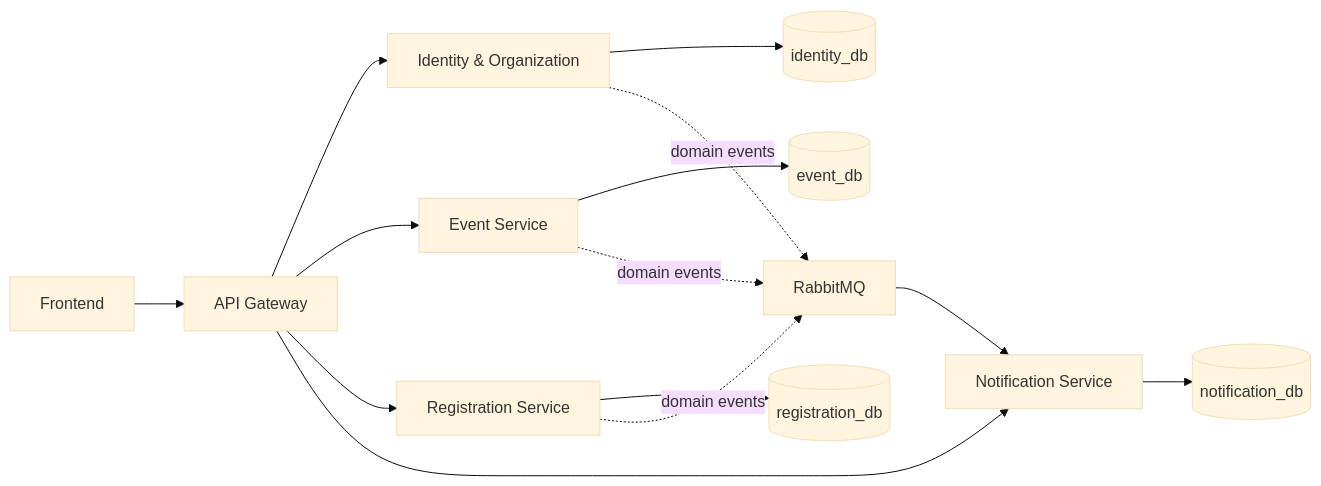
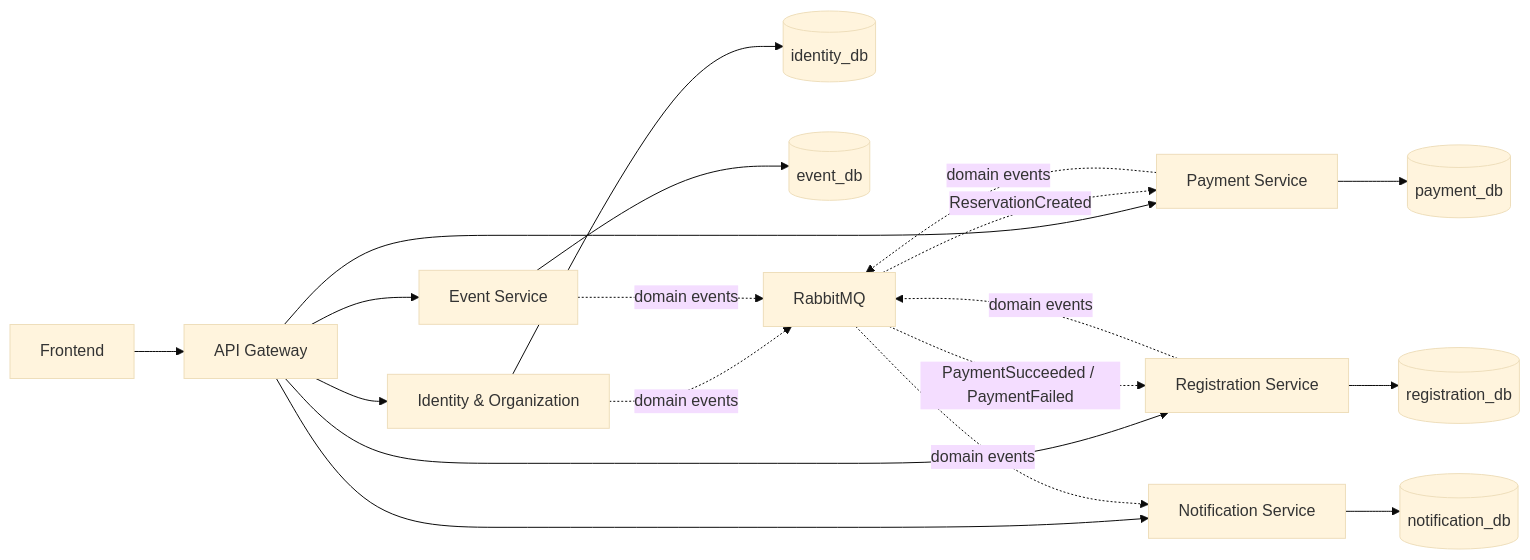
Before and after one commit to minhdz-2005/Lamu: the diagram in docs/diagrams/context.md, drawn with Mermaid (base theme). The commit also changed other lines of this file and 40 other files, not shown here.

Commit message:
Fix documentation defects in schema tables, context diagram, and READMEs

````diff
--- a/docs/diagrams/context.md
+++ b/docs/diagrams/context.md
@@ -3,16 +3,21 @@
 ```mermaid
 flowchart LR
   UI[Frontend] --> GW[API Gateway]
   GW --> ID[Identity & Organization]
   GW --> EV[Event Service]
   GW --> RG[Registration Service]
+  GW --> PAY[Payment Service]
   GW --> NT[Notification Service]
   ID --> IDDB[(identity_db)]
   EV --> EVDB[(event_db)]
   RG --> RGDB[(registration_db)]
+  PAY --> PAYDB[(payment_db)]
   NT --> NTDB[(notification_db)]
   ID -. domain events .-> MQ[RabbitMQ]
   EV -. domain events .-> MQ
   RG -. domain events .-> MQ
-  MQ --> NT
+  PAY -. domain events .-> MQ
+  MQ -. ReservationCreated .-> PAY
+  MQ -. PaymentSucceeded / PaymentFailed .-> RG
+  MQ -. domain events .-> NT
 ```
````
